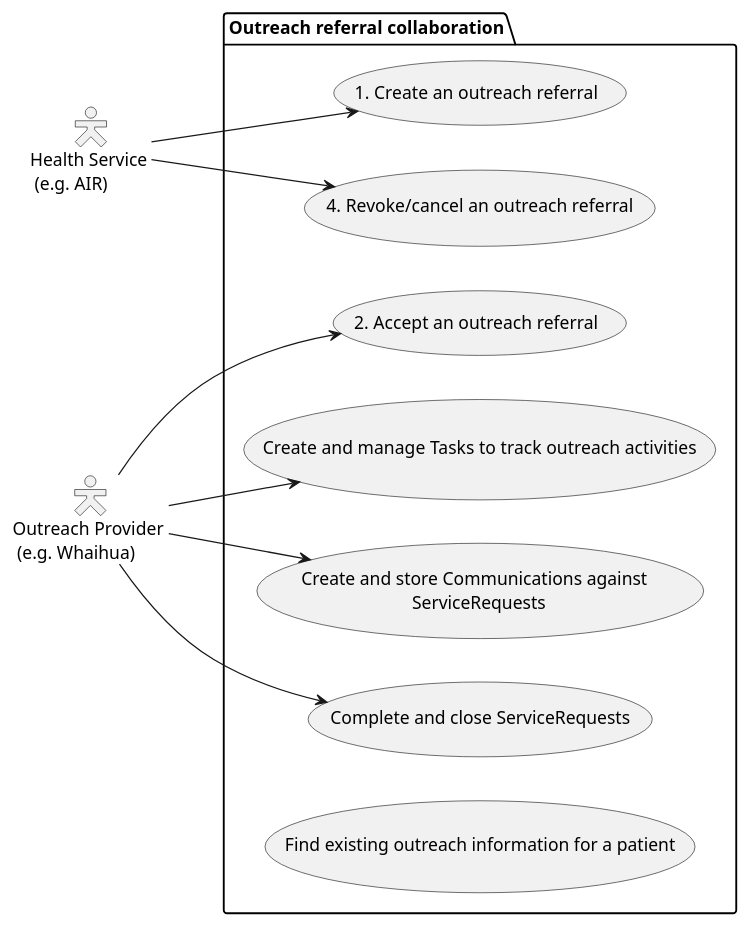
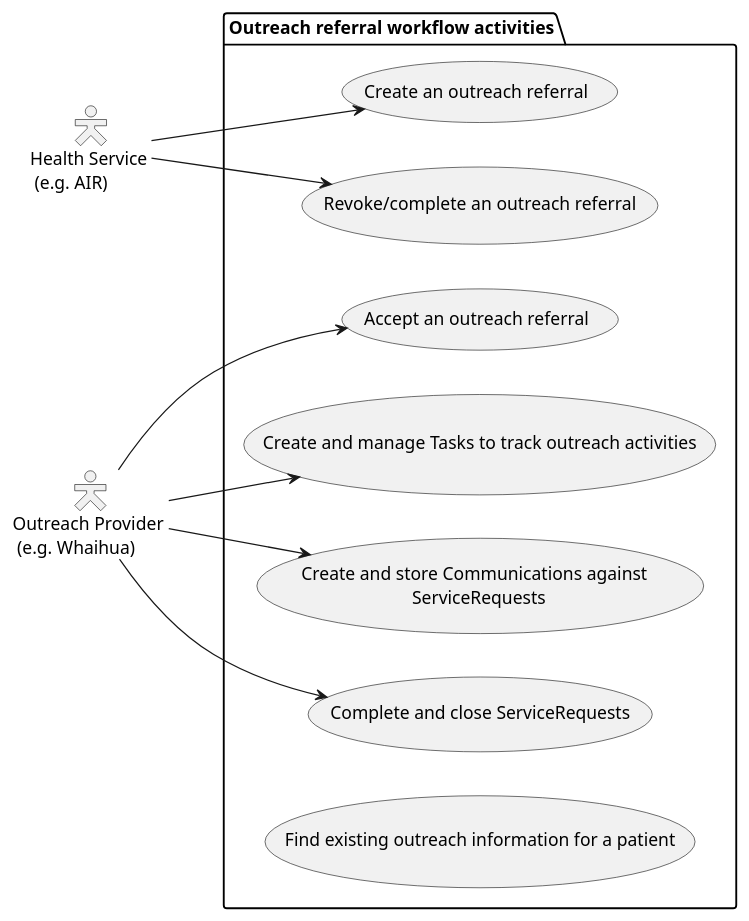
Before and after one commit to tewhatuora/cinc-fhir-ig: the diagram in input/images-source/outreach-usecase-overview.plantuml, drawn with PlantUML. The commit also changed 3 other files, not shown here.

Commit message:
more sequence diagram updates

```diff
--- a/input/images-source/outreach-usecase-overview.plantuml
+++ b/input/images-source/outreach-usecase-overview.plantuml
@@ -1,27 +1,27 @@
 @startuml
 
 skinparam actorStyle Hollow
 left to right direction
 
 actor "Health Service \n (e.g. AIR)" as h
 actor "Outreach Provider \n (e.g. Whaihua)" as o
 
-package "Outreach referral collaboration" {
-    usecase "1. Create an outreach referral" as UC1
-    usecase "4. Revoke/cancel an outreach referral" as UC2
-    usecase "2. Accept an outreach referral" as UC3
+package "Outreach referral workflow activities" {
+    usecase "Create an outreach referral" as UC1
+    usecase "Revoke/complete an outreach referral" as UC2
+    usecase "Accept an outreach referral" as UC3
     usecase "Create and manage Tasks to track outreach activities" as UC4
     usecase "Create and store Communications against \n ServiceRequests" as UC5
     usecase "Complete and close ServiceRequests" as UC6
     usecase "Find existing outreach information for a patient" as UC7
 }
 
 h --> UC1
 h --> UC2
 o --> UC3
 o --> UC4
 o --> UC5
 o --> UC6
 
 
 @enduml
```
